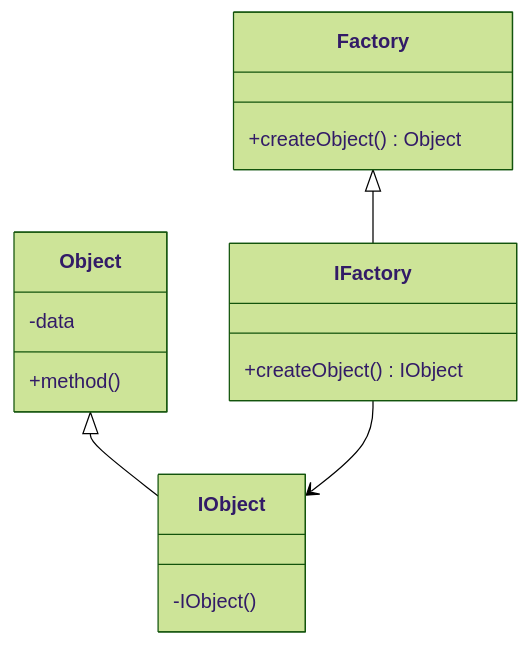
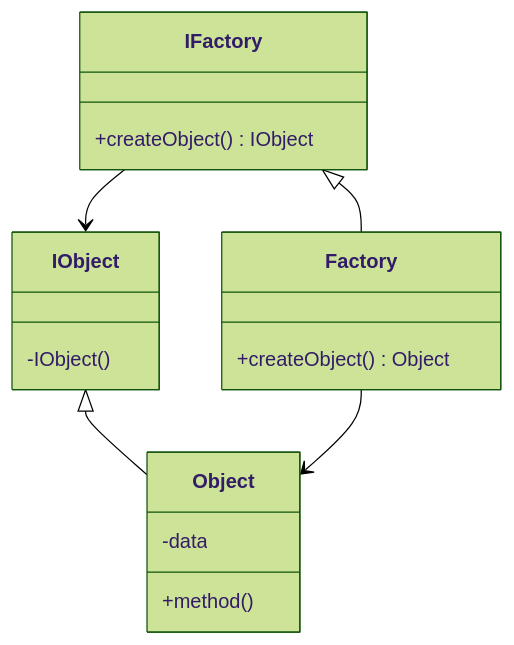
One commit to aidan-clyens/miniaudioengine changed diagram 23 of 29 in docs/DESIGN_DOC.md. Above: the diagram before and after it, drawn with Mermaid (forest theme). The commit also changed other lines of this file and 40 other files, not shown here.

````diff
--- a/docs/DESIGN_DOC.md
+++ b/docs/DESIGN_DOC.md
@@ -782,25 +800,27 @@
 ```mermaid
 classDiagram
 
     class IFactory {
         +createObject() IObject
     }
 
     class IObject {
         -IObject()
     }
 
     class Factory {
         +createObject() Object
     }
 
     class Object {
         -data
         +method()
     }
 
-    Factory <|-- IFactory
-    Object <|-- IObject
+    IFactory <|-- Factory
+    IObject <|-- Object
 
     IFactory --> IObject
+    
+    Factory --> Object
 ```
````
